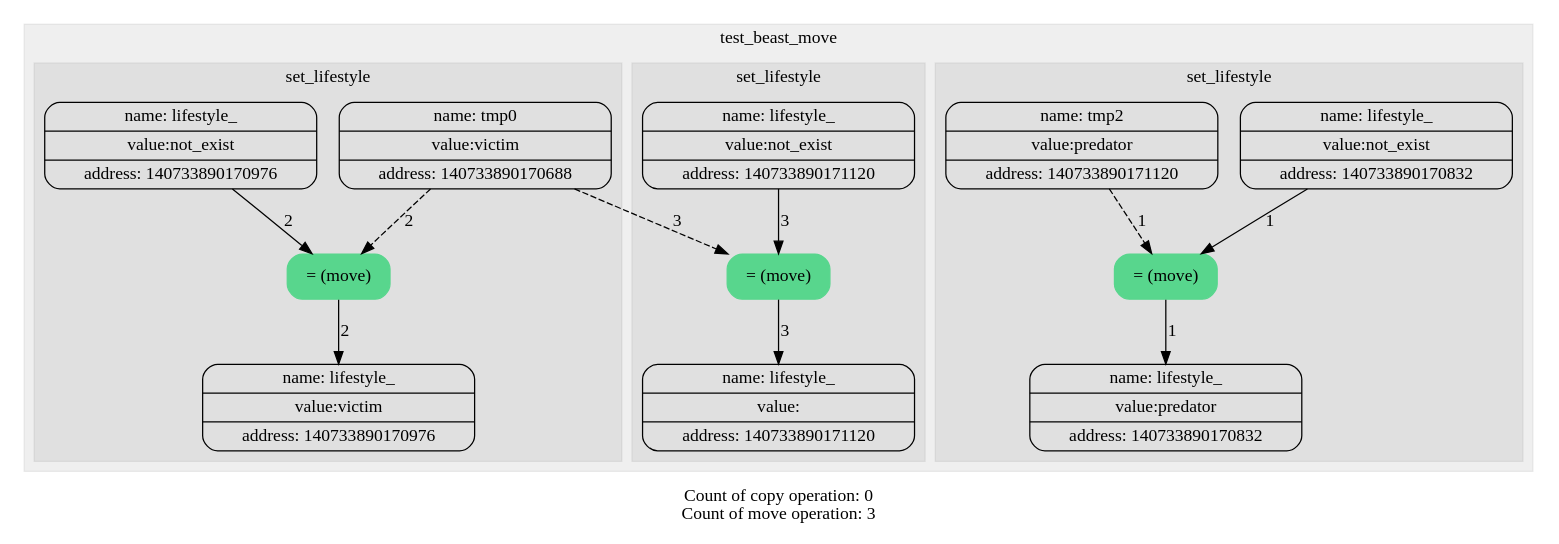
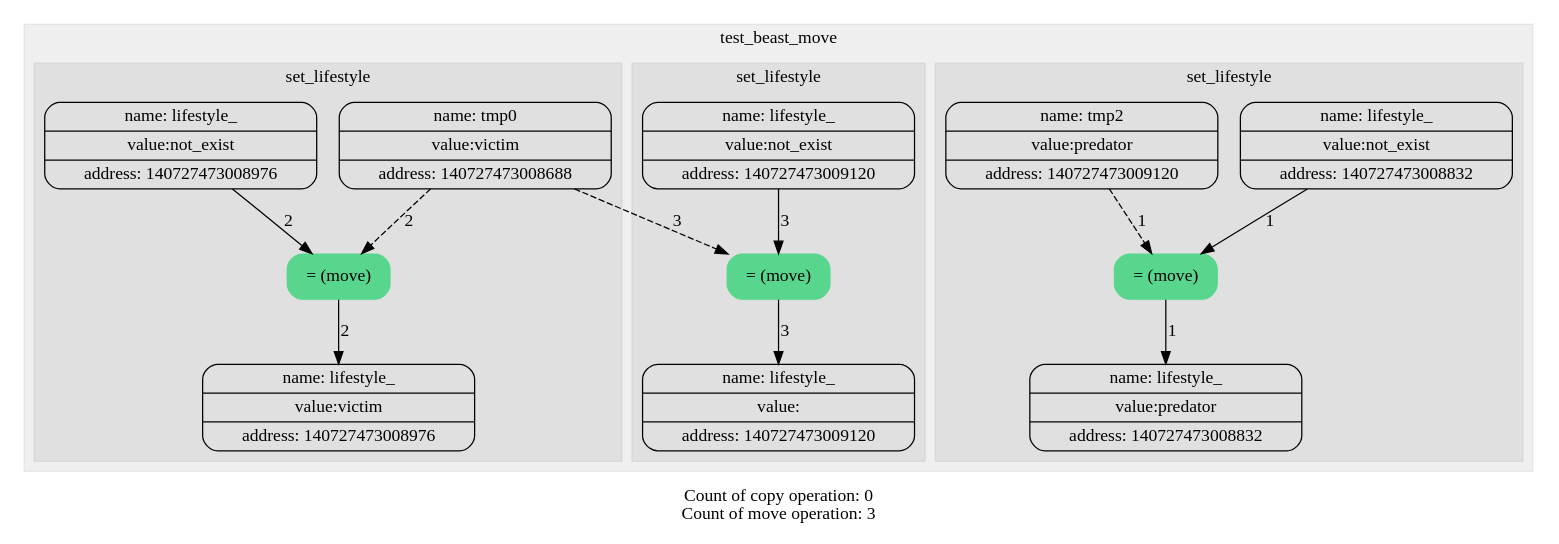
Before and after one commit to levasemin/Move_Semantic: the diagram in diagrams/move_beast.dot, drawn with Graphviz. The commit also changed 18 other files, not shown here.

```diff
--- a/diagrams/move_beast.dot
+++ b/diagrams/move_beast.dot
@@ -1,49 +1,49 @@
 digraph G{
 trankdir=HR;
 node[shape=Mrecord];
 
 subgraph "cluster_0" {
 label = test_beast_move;
 style= filled
 color = "#00000010";
-1[label="{ {name: tmp0} | {value:victim} | {address: 140733890170688}} " color=""style=""];
-2[label="{ {name: tmp1} | {value:not_exist} | {address: 140733890170832}} " color=""style=""];
-2[label="{ {name: lifestyle_} | {value:not_exist} | {address: 140733890170832}} " color=""style=""];
-3[label="{ {name: tmp2} | {value:predator} | {address: 140733890171120}} " color=""style=""];
+1[label="{ {name: tmp0} | {value:victim} | {address: 140727473008688}} " color=""style=""];
+2[label="{ {name: tmp1} | {value:not_exist} | {address: 140727473008832}} " color=""style=""];
+2[label="{ {name: lifestyle_} | {value:not_exist} | {address: 140727473008832}} " color=""style=""];
+3[label="{ {name: tmp2} | {value:predator} | {address: 140727473009120}} " color=""style=""];
 subgraph "cluster_1" {
 label = set_lifestyle;
 style= filled
 color = "#00000010";
 4[label="= (move)" color = "#58D68D" style = "filled"];
 edge[style = "" color = ""label = "1"]2->4;
 edge[style = "dashed" color = ""label = "1"]3->4;
-5[label="{ {name: lifestyle_} | {value:predator} | {address: 140733890170832}} " color=""style=""];
+5[label="{ {name: lifestyle_} | {value:predator} | {address: 140727473008832}} " color=""style=""];
 edge[style = "" color = ""label = "1"]4->5;
 }
-6[label="{ {name: tmp3} | {value:not_exist} | {address: 140733890170976}} " color=""style=""];
-6[label="{ {name: lifestyle_} | {value:not_exist} | {address: 140733890170976}} " color=""style=""];
+6[label="{ {name: tmp3} | {value:not_exist} | {address: 140727473008976}} " color=""style=""];
+6[label="{ {name: lifestyle_} | {value:not_exist} | {address: 140727473008976}} " color=""style=""];
 subgraph "cluster_2" {
 label = set_lifestyle;
 style= filled
 color = "#00000010";
 7[label="= (move)" color = "#58D68D" style = "filled"];
 edge[style = "" color = ""label = "2"]6->7;
 edge[style = "dashed" color = ""label = "2"]1->7;
-8[label="{ {name: lifestyle_} | {value:victim} | {address: 140733890170976}} " color=""style=""];
+8[label="{ {name: lifestyle_} | {value:victim} | {address: 140727473008976}} " color=""style=""];
 edge[style = "" color = ""label = "2"]7->8;
 }
-9[label="{ {name: tmp4} | {value:not_exist} | {address: 140733890171120}} " color=""style=""];
-9[label="{ {name: lifestyle_} | {value:not_exist} | {address: 140733890171120}} " color=""style=""];
+9[label="{ {name: tmp4} | {value:not_exist} | {address: 140727473009120}} " color=""style=""];
+9[label="{ {name: lifestyle_} | {value:not_exist} | {address: 140727473009120}} " color=""style=""];
 subgraph "cluster_3" {
 label = set_lifestyle;
 style= filled
 color = "#00000010";
 10[label="= (move)" color = "#58D68D" style = "filled"];
 edge[style = "" color = ""label = "3"]9->10;
 edge[style = "dashed" color = ""label = "3"]1->10;
-11[label="{ {name: lifestyle_} | {value:} | {address: 140733890171120}} " color=""style=""];
+11[label="{ {name: lifestyle_} | {value:} | {address: 140727473009120}} " color=""style=""];
 edge[style = "" color = ""label = "3"]10->11;
 }
 }
 label="Count of copy operation: 0
 Count of move operation: 3"}
```
